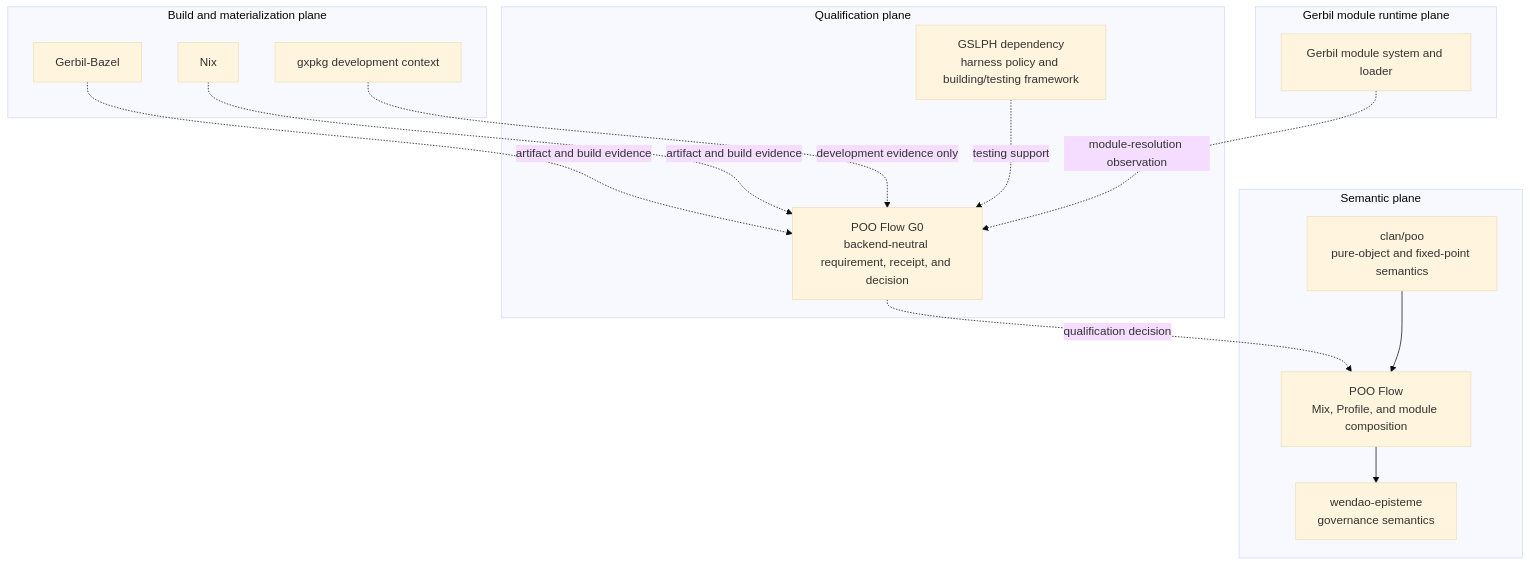
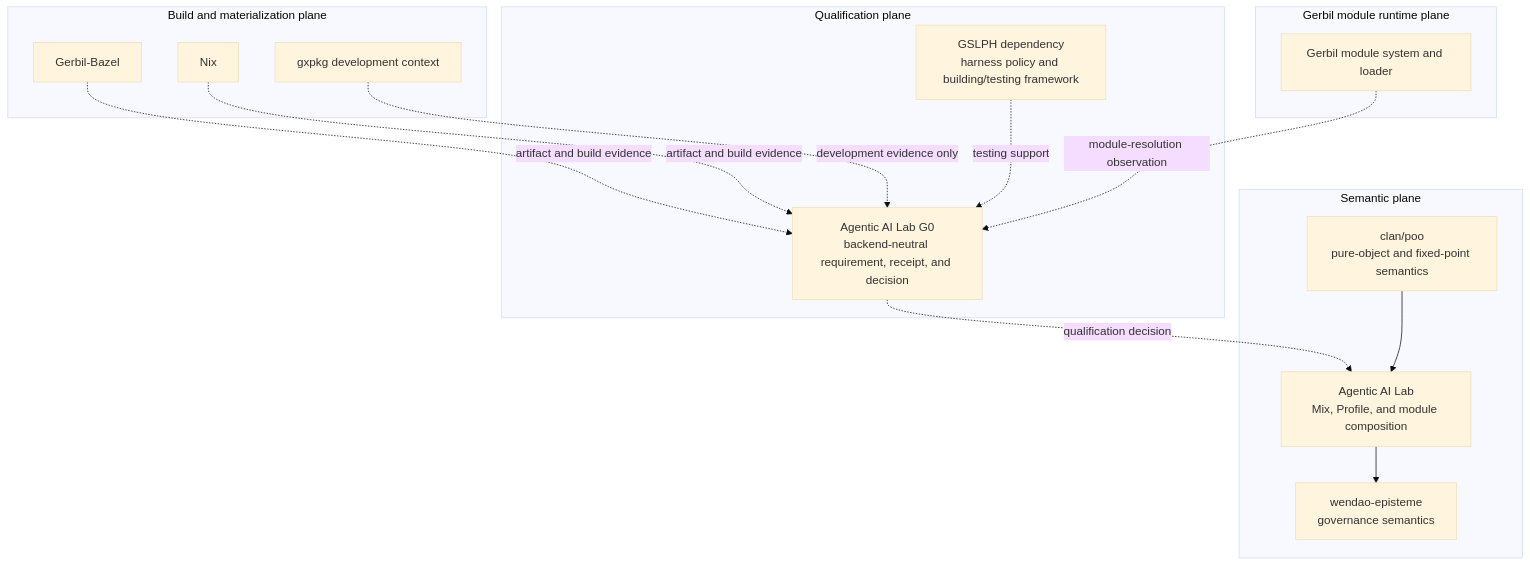
Before and after one commit to tao3k/gebril-yuanxu: the first of 15 diagrams in module-system/design/45-00-mix-profile-rfc-archive.org, drawn with Mermaid (base theme). The commit also changed other lines of this file and 507 other files, not shown here.

```diff
--- a/module-system/design/45-00-mix-profile-rfc-archive.org
+++ b/module-system/design/45-00-mix-profile-rfc-archive.org
@@ -109,31 +109,31 @@
 #+begin_src mermaid
 flowchart TB
   subgraph Semantic["Semantic plane"]
     CP["clan/poo<br/>pure-object and fixed-point semantics"]
-    PF["POO Flow<br/>Mix, Profile, and module composition"]
+    PF["Agentic AI Lab<br/>Mix, Profile, and module composition"]
     WE["wendao-episteme<br/>governance semantics"]
     CP --> PF --> WE
   end
 
   subgraph Runtime["Gerbil module runtime plane"]
     GM["Gerbil module system and loader"]
   end
 
   subgraph Build["Build and materialization plane"]
     GB["Gerbil-Bazel"]
     NX["Nix"]
     GX["gxpkg development context"]
   end
 
   subgraph Qualification["Qualification plane"]
-    G0["POO Flow G0<br/>backend-neutral requirement, receipt, and decision"]
+    G0["Agentic AI Lab G0<br/>backend-neutral requirement, receipt, and decision"]
     GS["GSLPH dependency<br/>harness policy and building/testing framework"]
   end
 
   GB -. "artifact and build evidence" .-> G0
   NX -. "artifact and build evidence" .-> G0
   GX -. "development evidence only" .-> G0
   GM -. "module-resolution observation" .-> G0
   GS -. "testing support" .-> G0
   G0 -. "qualification decision" .-> PF
 #+end_src
```
